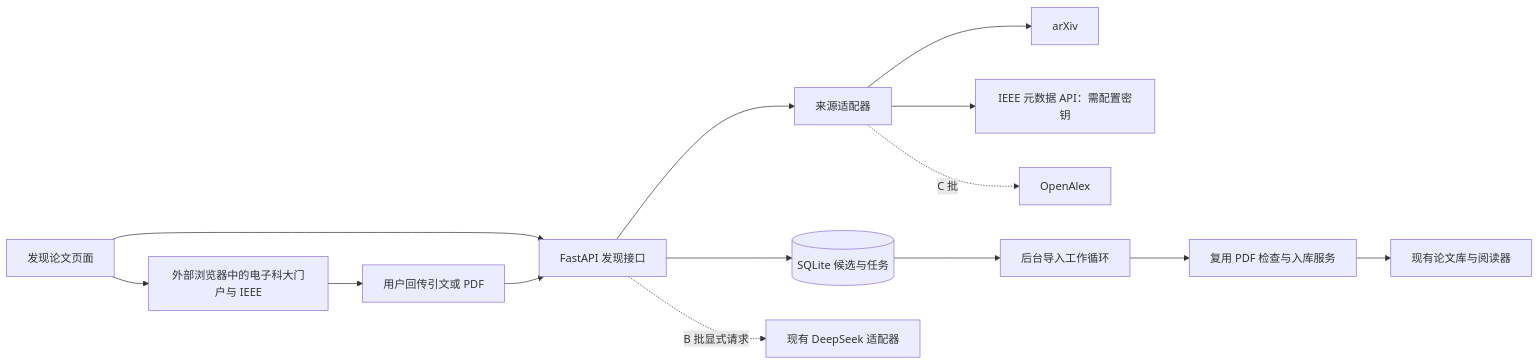
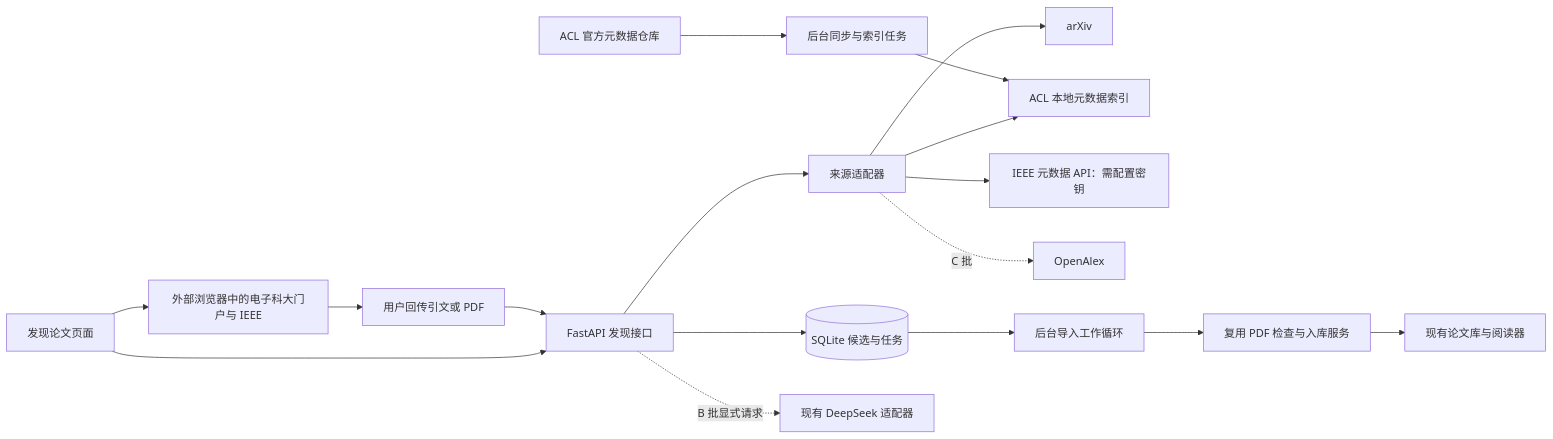
Before and after one commit to iaslay/Paper-Management-System: the second of 2 diagrams in docs/论文联网检索与导入方案.md, drawn with Mermaid. The commit also changed other lines of this file and 3 other files, not shown here.

````diff
--- a/docs/论文联网检索与导入方案.md
+++ b/docs/论文联网检索与导入方案.md
@@ -178,16 +225,19 @@
 ```mermaid
 flowchart LR
     W[发现论文页面] --> A[FastAPI 发现接口]
     A --> S[来源适配器]
     S --> X[arXiv]
+    S --> L[ACL 本地元数据索引]
+    G[ACL 官方元数据仓库] --> T[后台同步与索引任务]
+    T --> L
     S --> I[IEEE 元数据 API：需配置密钥]
     S -.C 批.-> O[OpenAlex]
     W --> U[外部浏览器中的电子科大门户与 IEEE]
     U --> R[用户回传引文或 PDF]
     R --> A
     A --> D[(SQLite 候选与任务)]
     D --> Q[后台导入工作循环]
     Q --> V[复用 PDF 检查与入库服务]
     V --> P[现有论文库与阅读器]
     A -.B 批显式请求.-> M[现有 DeepSeek 适配器]
 ```
````
